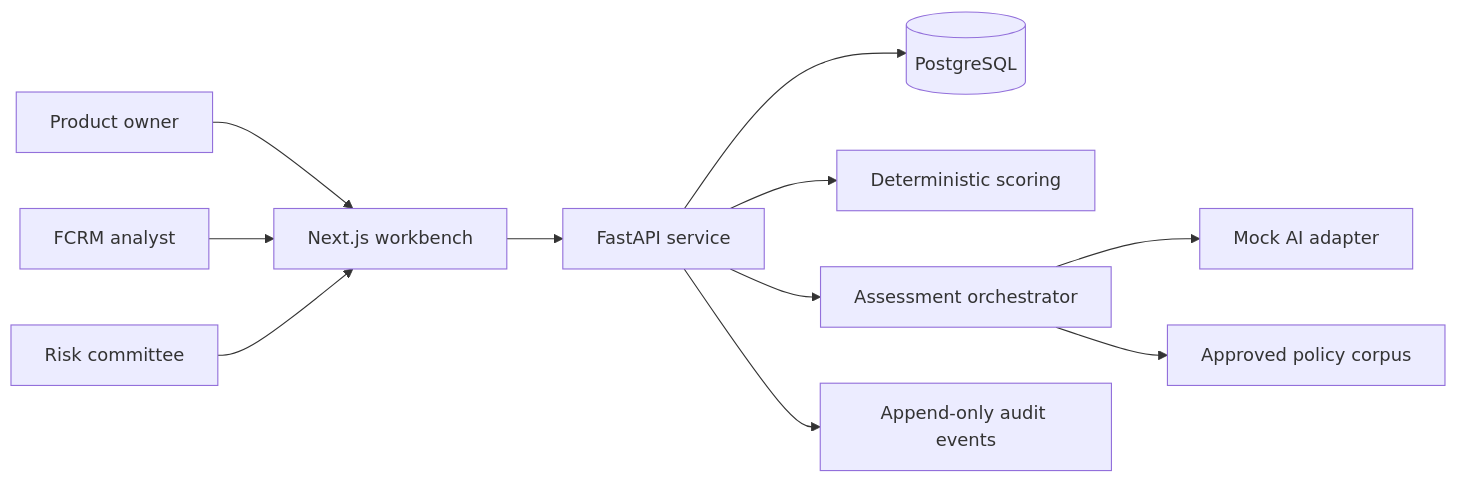
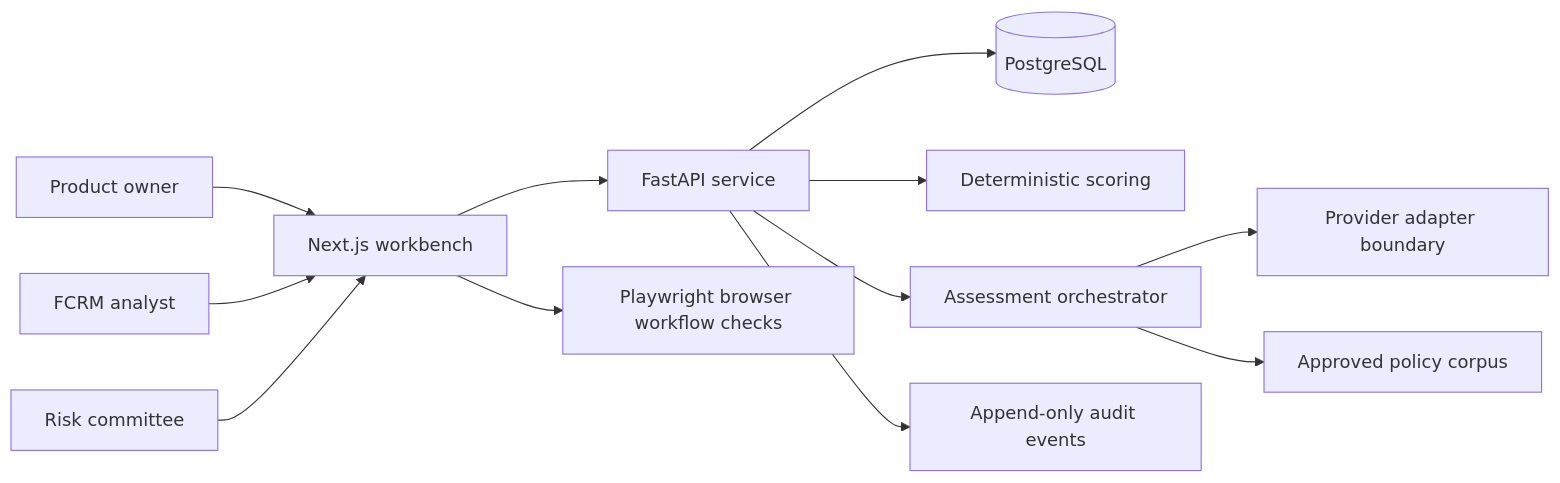
One commit to KrishneshChaurasiaMyridius/Myridius.ai changed the diagram in docs/architecture/overview.md. Above: the diagram before and after it, drawn with Mermaid. The commit also changed other lines of this file and 8 other files, not shown here.

Commit message:
feature: Playwright browser E2E coverage that creates a synthetic intake through the live workbench added, CI browser-e2e job that starts API/Web services and runs chromium implemented.

````diff
--- a/docs/architecture/overview.md
+++ b/docs/architecture/overview.md
@@ -3,13 +3,14 @@
 ```mermaid
 flowchart LR
   PO[Product owner] --> WEB[Next.js workbench]
   ANALYST[FCRM analyst] --> WEB
   COMMITTEE[Risk committee] --> WEB
   WEB --> API[FastAPI service]
   API --> DB[(PostgreSQL)]
   API --> SCORE[Deterministic scoring]
   API --> ORCH[Assessment orchestrator]
-  ORCH --> AI[Mock AI adapter]
+  ORCH --> AI[Provider adapter boundary]
   ORCH --> POLICY[Approved policy corpus]
+  WEB --> E2E[Playwright browser workflow checks]
   API --> AUDIT[Append-only audit events]
 ```
````
